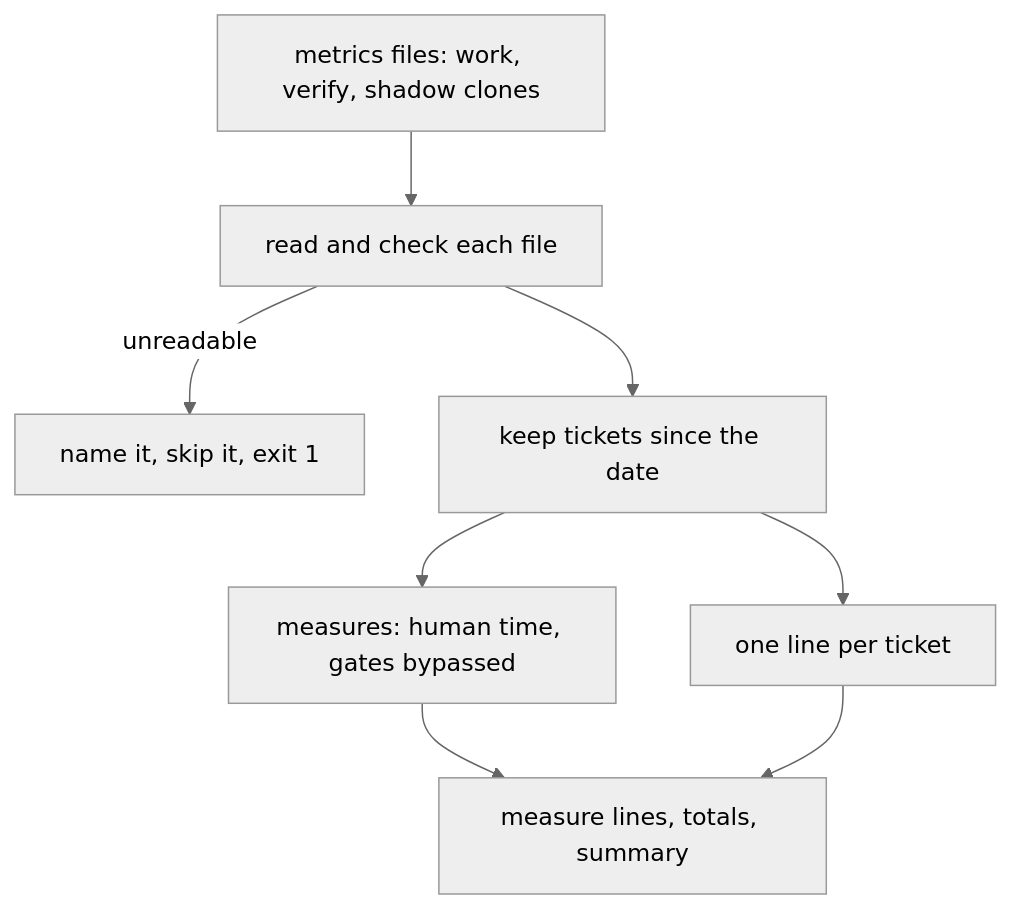
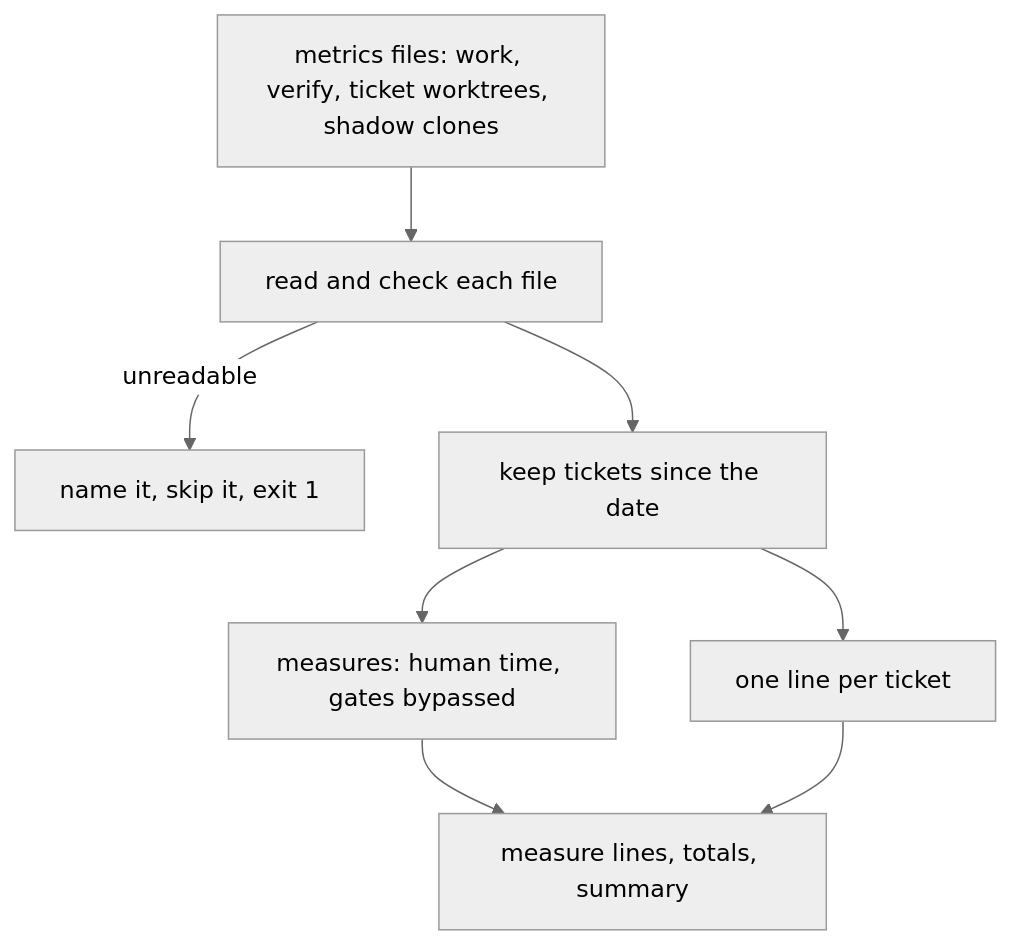
Before and after one commit to plaplanche/ariane: the first of 3 diagrams in docs/architecture/modules/report.md, drawn with Mermaid (neutral theme). The commit also changed other lines of this file and 9 other files, not shown here.

````diff
--- a/docs/architecture/modules/report.md
+++ b/docs/architecture/modules/report.md
@@ -24,10 +25,10 @@
 ```mermaid
 flowchart TD
-A[metrics files: work, verify, shadow clones] --> B[read and check each file]
+A[metrics files: work, verify, ticket worktrees, shadow clones] --> B[read and check each file]
   B -->|unreadable| C[name it, skip it, exit 1]
   B --> D[keep tickets since the date]
   D --> E[measures: human time, gates bypassed]
   D --> F[one line per ticket]
   E --> G[measure lines, totals, summary]
   F --> G
 ```
````
